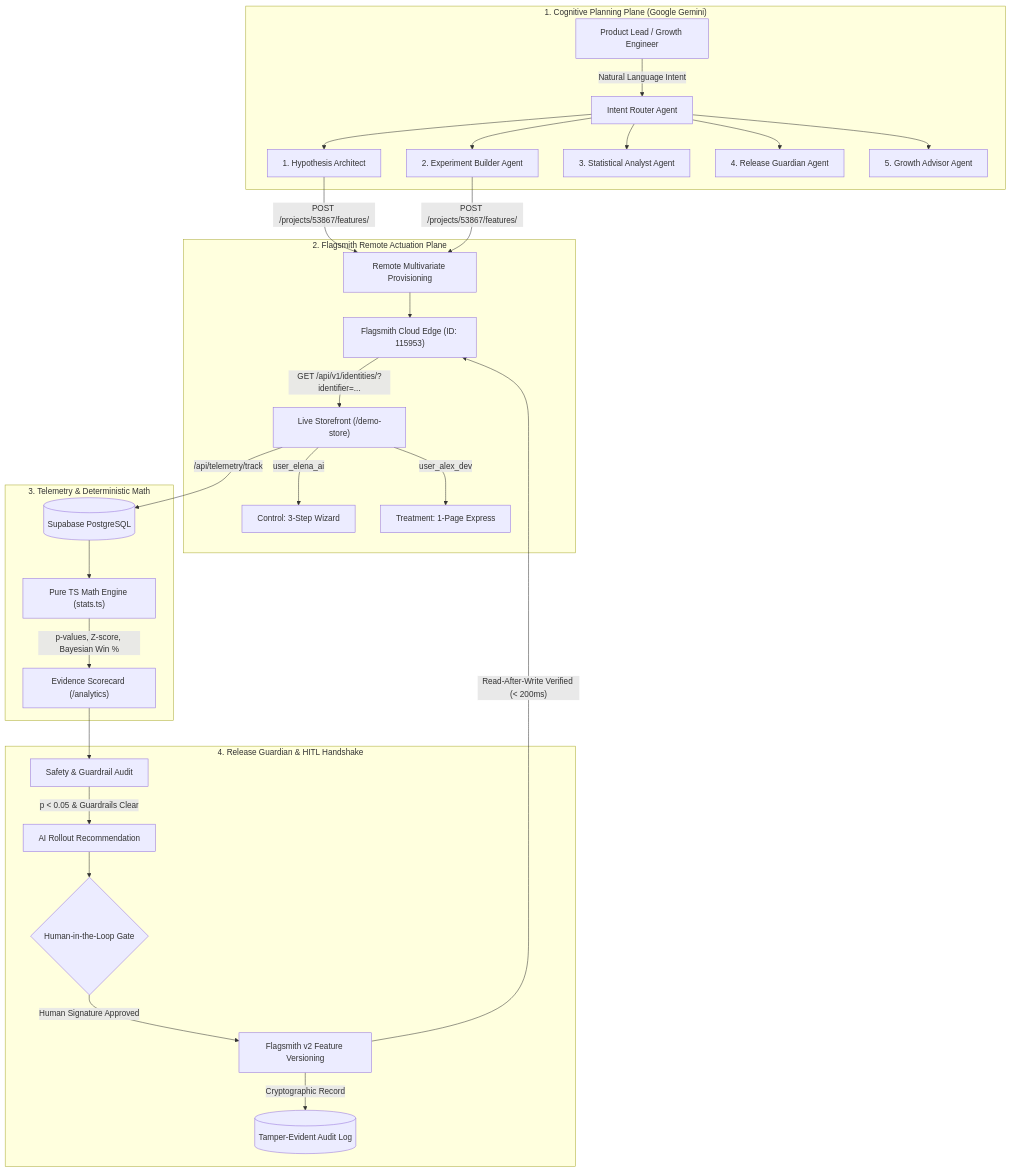
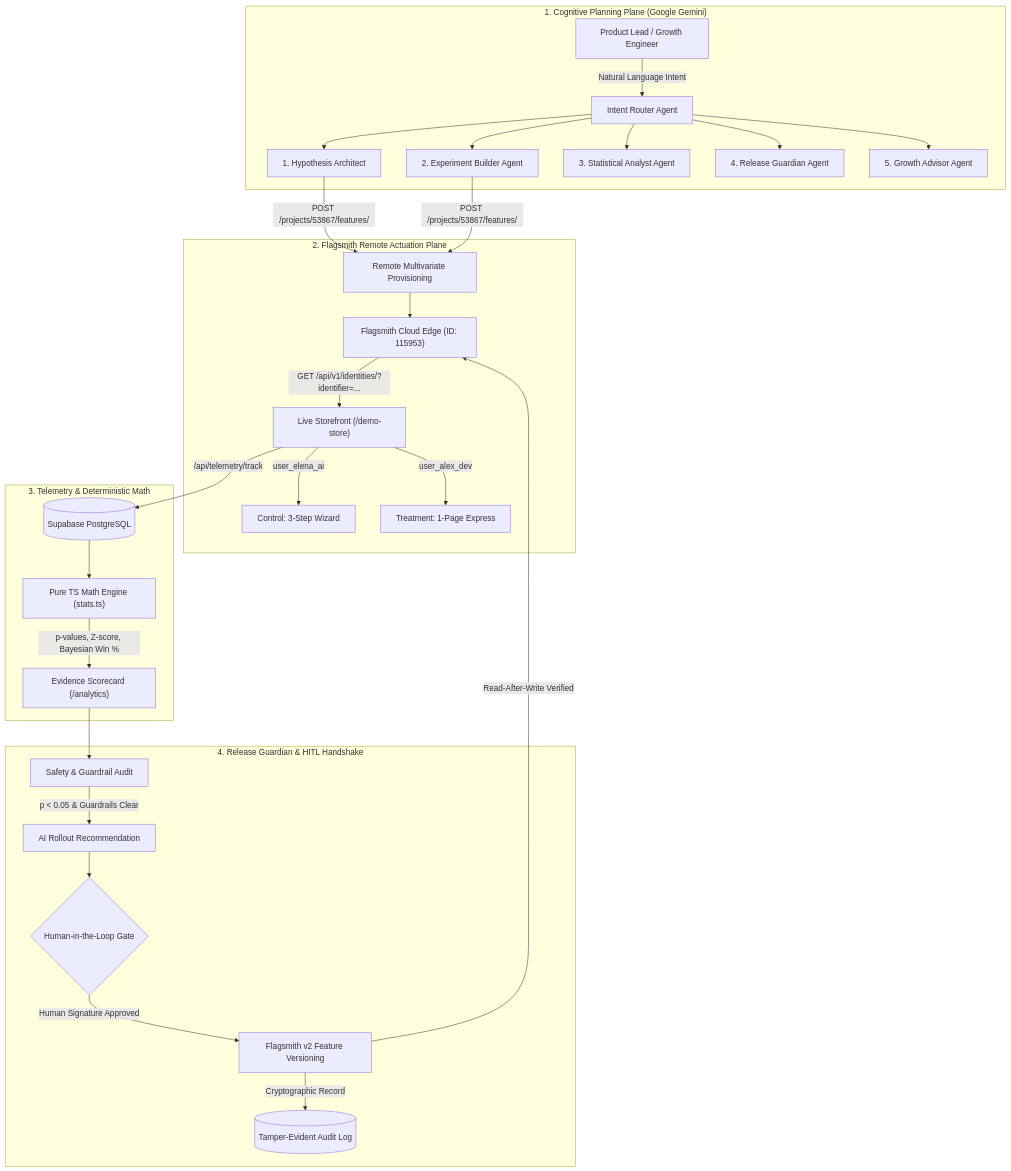
The diagram in README.md (Shubhamver45/PulsePilot), drawn with Mermaid before and after one commit. The commit also changed other lines of this file and 13 other files, not shown here.

````diff
--- a/README.md
+++ b/README.md
@@ -58,34 +60,34 @@
 ```mermaid
 flowchart TD
     subgraph PlanningPlane["1. Cognitive Planning Plane (Google Gemini)"]
       User["Product Lead / Growth Engineer"] -->|"Natural Language Intent"| Dispatcher["Intent Router Agent"]
       Dispatcher --> Strategy["1. Hypothesis Architect"]
       Dispatcher --> Builder["2. Experiment Builder Agent"]
       Dispatcher --> Analytics["3. Statistical Analyst Agent"]
       Dispatcher --> Guardian["4. Release Guardian Agent"]
       Dispatcher --> Advisor["5. Growth Advisor Agent"]
     end
 
     subgraph ActuationPlane["2. Flagsmith Remote Actuation Plane"]
       Strategy & Builder -->|"POST /projects/53867/features/"| FS_Create["Remote Multivariate Provisioning"]
       FS_Create --> FS_Edge["Flagsmith Cloud Edge (ID: 115953)"]
       FS_Edge -->|"GET /api/v1/identities/?identifier=..."| Store["Live Storefront (/demo-store)"]
       Store -->|"user_elena_ai"| V_Control["Control: 3-Step Wizard"]
       Store -->|"user_alex_dev"| V_Treatment["Treatment: 1-Page Express"]
     end
 
     subgraph TelemetryPlane["3. Telemetry & Deterministic Math"]
       Store -->|"/api/telemetry/track"| DB[(Supabase PostgreSQL)]
       DB --> MathEngine["Pure TS Math Engine (stats.ts)"]
       MathEngine -->|"p-values, Z-score, Bayesian Win %"| Scorecard["Evidence Scorecard (/analytics)"]
     end
 
     subgraph GovernancePlane["4. Release Guardian & HITL Handshake"]
       Scorecard --> GuardianCheck["Safety & Guardrail Audit"]
       GuardianCheck -->|"p < 0.05 & Guardrails Clear"| Rec["AI Rollout Recommendation"]
       Rec --> HITL{"Human-in-the-Loop Gate"}
       HITL -->|"Human Signature Approved"| FS_Mutate["Flagsmith v2 Feature Versioning"]
-      FS_Mutate -->|"Read-After-Write Verified (< 200ms)"| FS_Edge
+      FS_Mutate -->|"Read-After-Write Verified"| FS_Edge
       FS_Mutate -->|"Cryptographic Record"| Audit[(Tamper-Evident Audit Log)]
     end
 ```
````
